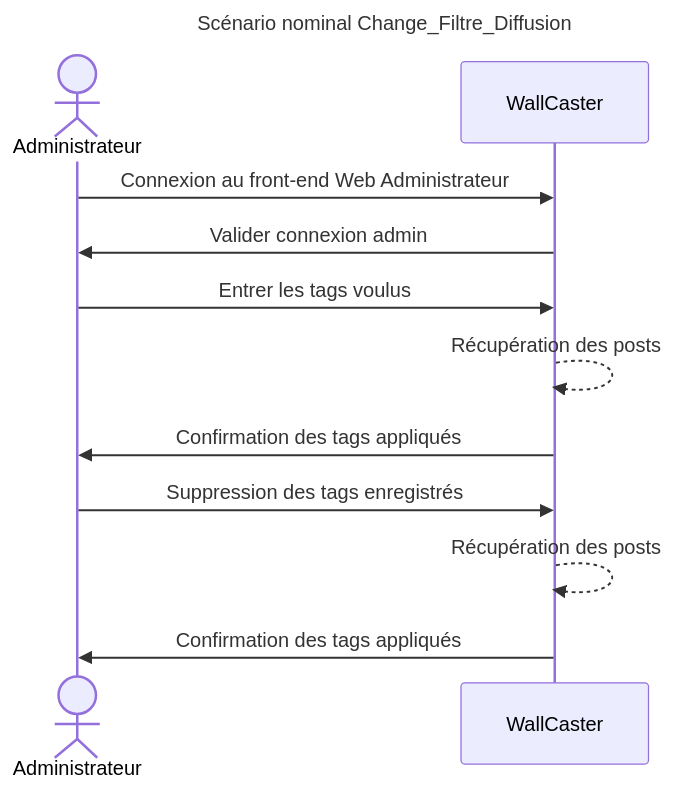
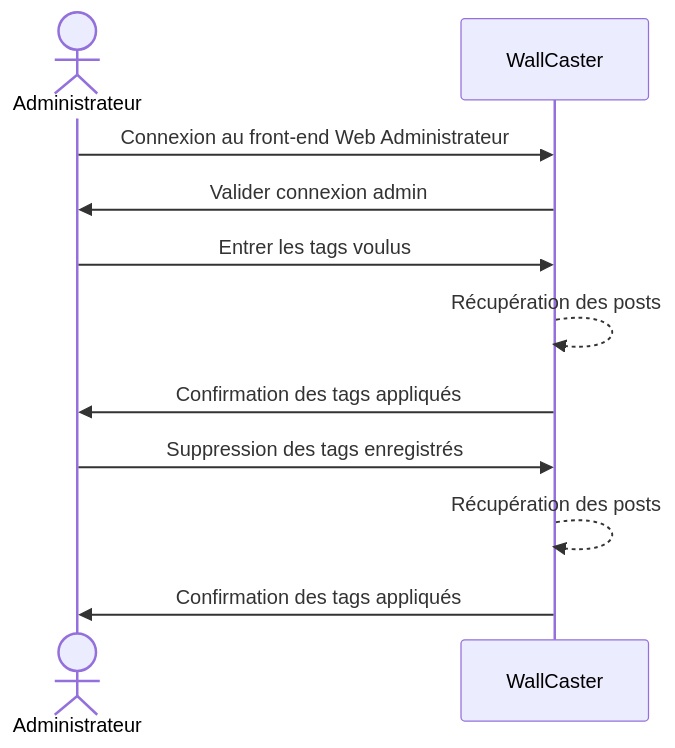
Before and after one commit to WallCaster/WallCaster: diagram 13 of 15 in doc/analisis-report.md, drawn with Mermaid. The commit also changed other lines of this file, not shown here.

Commit message:
mini modif sequence diagram

````diff
--- a/doc/analisis-report.md
+++ b/doc/analisis-report.md
@@ -224,16 +231,15 @@
 ```mermaid
 sequenceDiagram
-  title Scénario nominal Change_Filtre_Diffusion
   actor A as Administrateur
   participant W as WallCaster
 
   A ->> W : Connexion au front-end Web Administrateur
   W ->> A : Valider connexion admin
   A ->> W : Entrer les tags voulus
   W -->> W : Récupération des posts
   W ->> A : Confirmation des tags appliqués
   A ->> W : Suppression des tags enregistrés
   W -->> W : Récupération des posts
   W ->> A : Confirmation des tags appliqués
 
 ```
````
